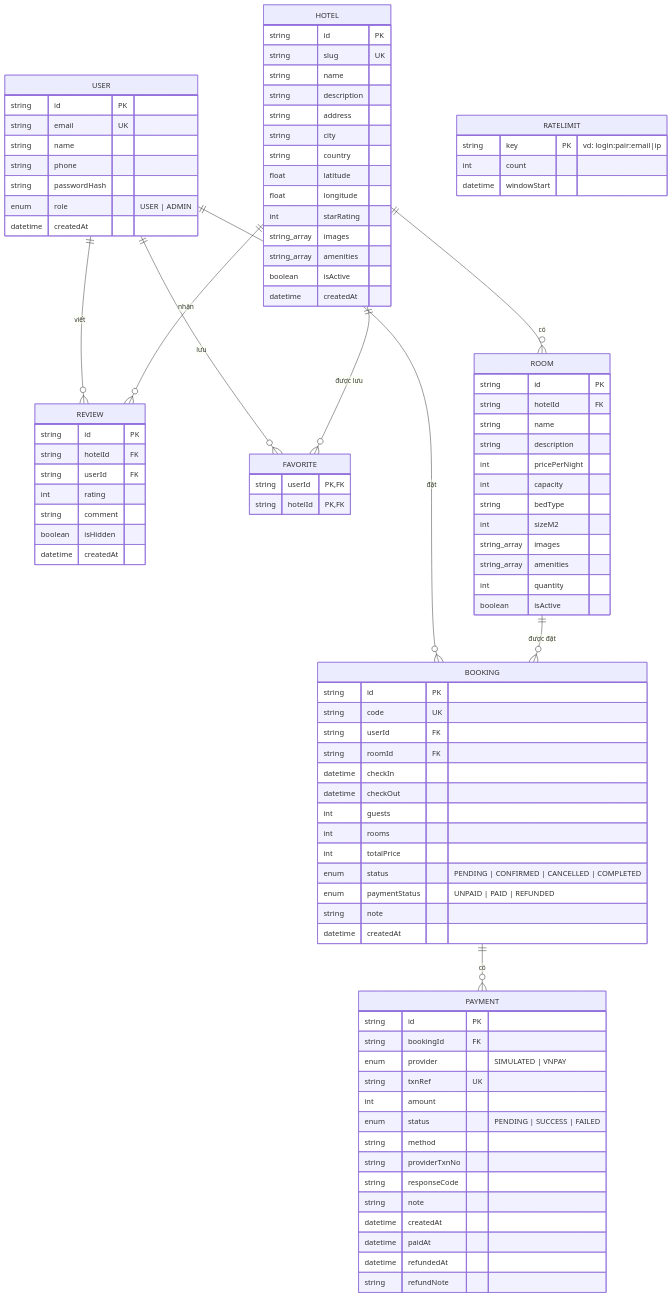
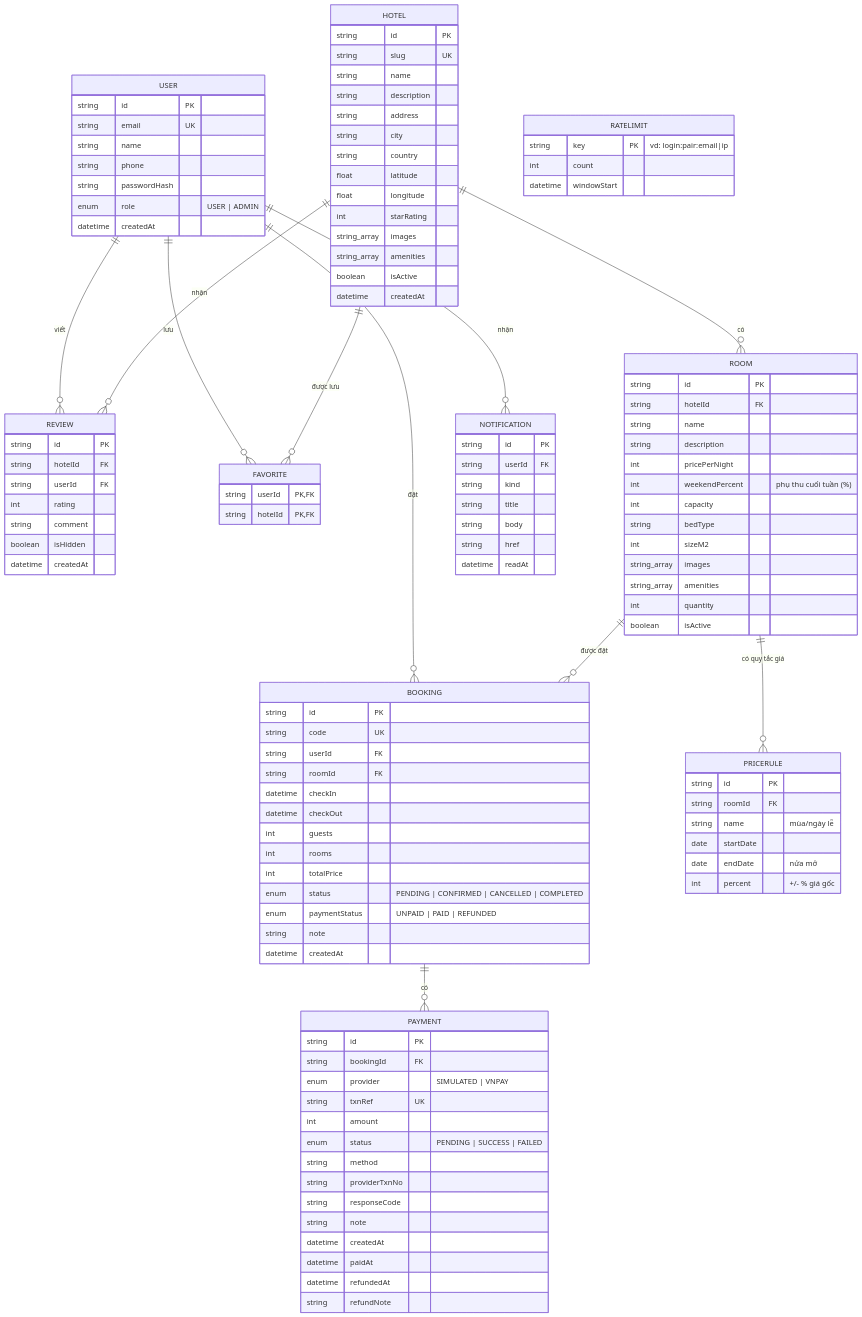
One commit to ongtrumphuong/TTTN_Booking_Hotel changed the diagram in README.md. Above: the diagram before and after it, drawn with Mermaid. The commit also changed other lines of this file and 47 other files, not shown here.

Commit message:
Giá theo mùa và cuối tuần, vé điện tử QR với quầy nhận phòng, thông báo cho đối tác, lịch phòng

````diff
--- a/README.md
+++ b/README.md
@@ -169,6 +176,8 @@
     HOTEL ||--o{ REVIEW : "nhận"
     HOTEL ||--o{ FAVORITE : "được lưu"
     ROOM ||--o{ BOOKING : "được đặt"
+    ROOM ||--o{ PRICERULE : "có quy tắc giá"
+    USER ||--o{ NOTIFICATION : "nhận"
     BOOKING ||--o{ PAYMENT : "có"
 
     USER {
@@ -202,6 +211,7 @@
         string name
         string description
         int pricePerNight
+        int weekendPercent "phụ thu cuối tuần (%)"
         int capacity
         string bedType
         int sizeM2
@@ -259,4 +269,21 @@
         string userId PK, FK
         string hotelId PK, FK
     }
+    PRICERULE {
+        string id PK
+        string roomId FK
+        string name "mùa/ngày lễ"
+        date startDate
+        date endDate "nửa mở"
+        int percent "+/- % giá gốc"
+    }
+    NOTIFICATION {
+        string id PK
+        string userId FK
+        string kind
+        string title
+        string body
+        string href
+        datetime readAt
+    }
 ```
````
